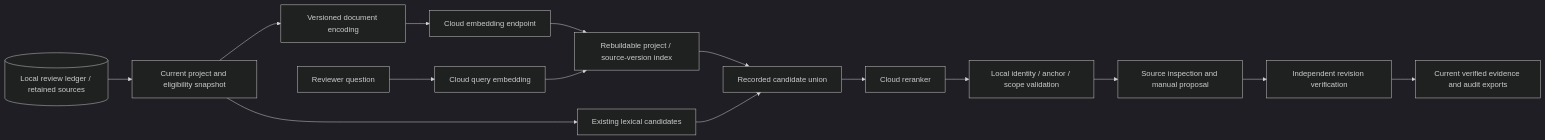
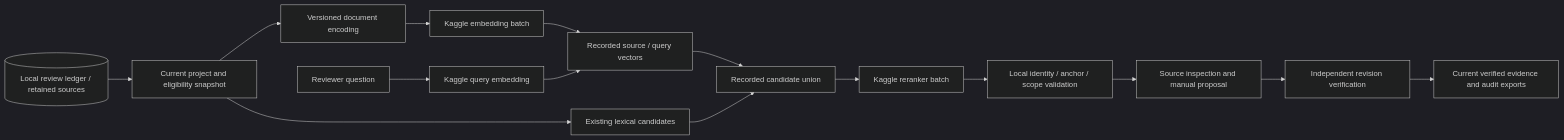
The diagram in docs/model-strategy.md (hnt119/lit-rev-engine), drawn with Mermaid (dark theme) before and after one commit. The commit also changed other lines of this file and 50 other files, not shown here.

````diff
--- a/docs/model-strategy.md
+++ b/docs/model-strategy.md
@@ -44,17 +42,17 @@
 ```mermaid
 flowchart LR
     Ledger[(Local review ledger / retained sources)] --> Scope[Current project and eligibility snapshot]
     Scope --> Lexical[Existing lexical candidates]
     Scope --> Encode[Versioned document encoding]
-    Encode --> CloudEmbed[Cloud embedding endpoint]
-    CloudEmbed --> Index[Rebuildable project / source-version index]
-    Question[Reviewer question] --> QueryEmbed[Cloud query embedding]
+    Encode --> CloudEmbed[Kaggle embedding batch]
+    CloudEmbed --> Index[Recorded source / query vectors]
+    Question[Reviewer question] --> QueryEmbed[Kaggle query embedding]
     QueryEmbed --> Index
     Index --> Pool[Recorded candidate union]
     Lexical --> Pool
-    Pool --> CloudRank[Cloud reranker]
+    Pool --> CloudRank[Kaggle reranker batch]
     CloudRank --> Validate[Local identity / anchor / scope validation]
     Validate --> Human[Source inspection and manual proposal]
     Human --> Verify[Independent revision verification]
     Verify --> Export[Current verified evidence and audit exports]
 ```
````
